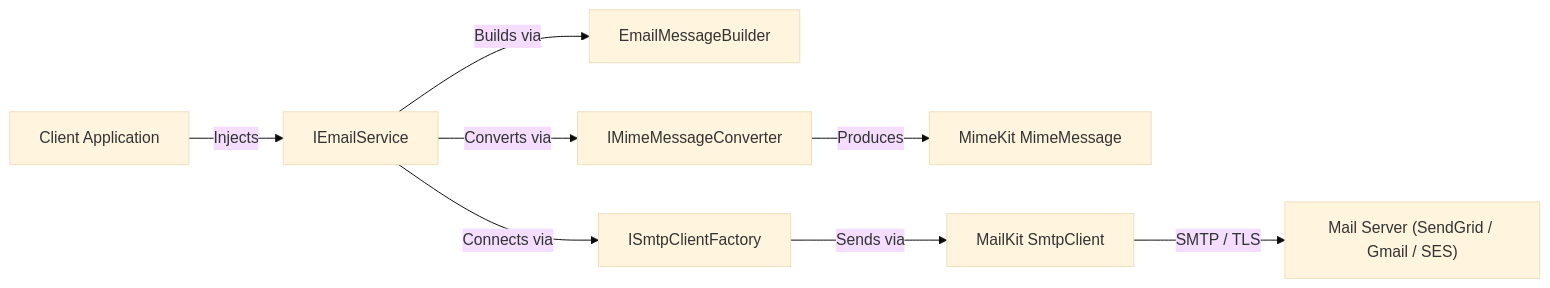
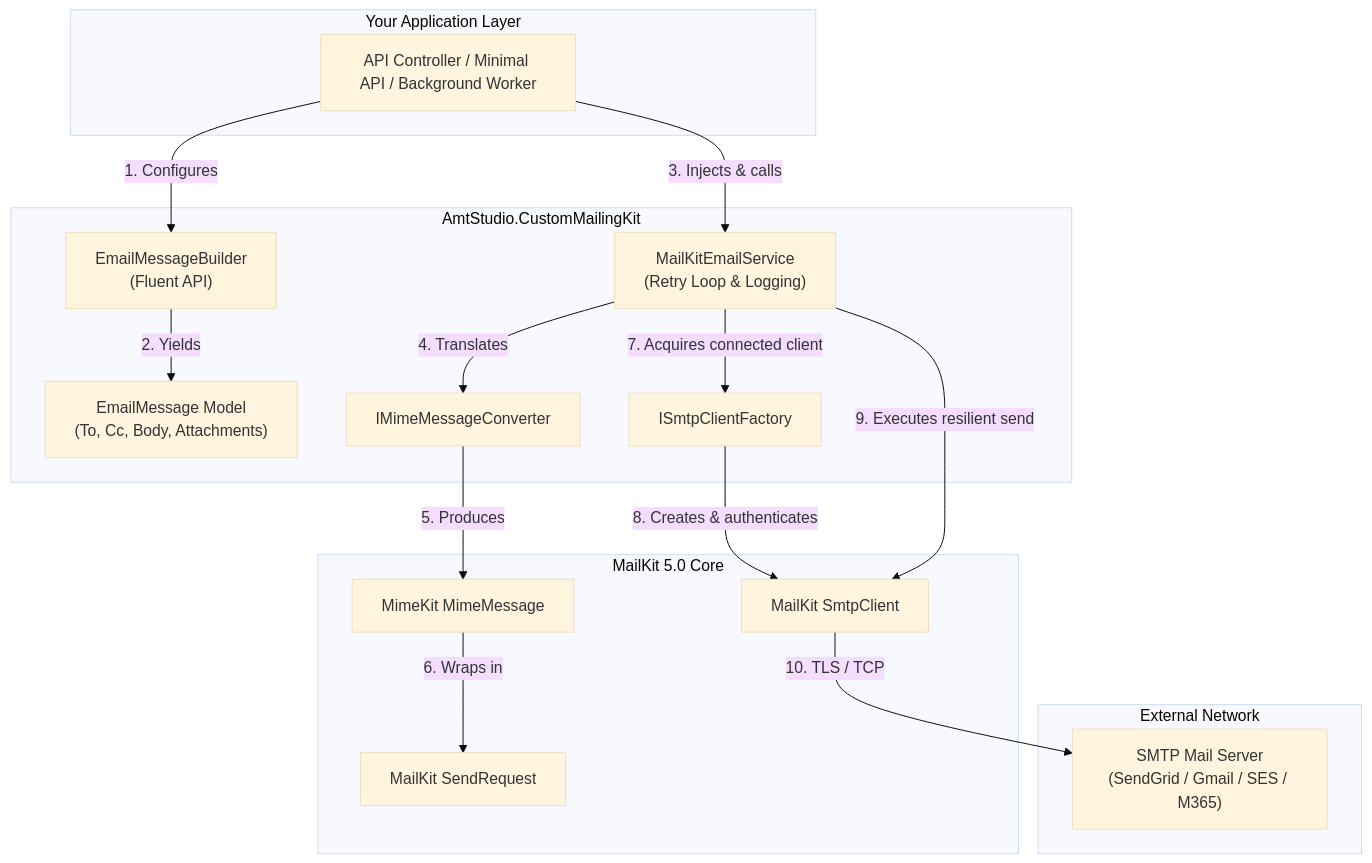
One commit to Alimul-Mahfuz/AmtStudio.CustomMailingKit changed the diagram in docs/README.md. Above: the diagram before and after it, drawn with Mermaid (base theme). The commit also changed other lines of this file and 9 other files, not shown here.

Commit message:
Enhance documentation with modern Docsify UI, interactive tabs, Mermaid diagrams, API reference, and troubleshooting guide

````diff
--- a/docs/README.md
+++ b/docs/README.md
@@ -19,10 +26,35 @@
 ```mermaid
-flowchart LR
-    A["Client Application"] -->|"Injects"| B["IEmailService"]
-    B -->|"Builds via"| C["EmailMessageBuilder"]
-    B -->|"Converts via"| D["IMimeMessageConverter"]
-    D -->|"Produces"| E["MimeKit MimeMessage"]
-    B -->|"Connects via"| F["ISmtpClientFactory"]
-    F -->|"Sends via"| G["MailKit SmtpClient"]
-    G -->|"SMTP / TLS"| H["Mail Server (SendGrid / Gmail / SES)"]
+flowchart TD
+    subgraph Client["Your Application Layer"]
+        Ctrl["API Controller / Minimal API / Background Worker"]
+    end
+
+    subgraph MailingKit["AmtStudio.CustomMailingKit"]
+        Builder["EmailMessageBuilder\n(Fluent API)"]
+        Msg["EmailMessage Model\n(To, Cc, Body, Attachments)"]
+        Service["MailKitEmailService\n(Retry Loop & Logging)"]
+        Converter["IMimeMessageConverter"]
+        ClientFactory["ISmtpClientFactory"]
+    end
+
+    subgraph MailKitLayer["MailKit 5.0 Core"]
+        Mime["MimeKit MimeMessage"]
+        Request["MailKit SendRequest"]
+        Transport["MailKit SmtpClient"]
+    end
+
+    subgraph External["External Network"]
+        SMTP["SMTP Mail Server\n(SendGrid / Gmail / SES / M365)"]
+    end
+
+    Ctrl -->|"1. Configures"| Builder
+    Builder -->|"2. Yields"| Msg
+    Ctrl -->|"3. Injects & calls"| Service
+    Service -->|"4. Translates"| Converter
+    Converter -->|"5. Produces"| Mime
+    Mime -->|"6. Wraps in"| Request
+    Service -->|"7. Acquires connected client"| ClientFactory
+    ClientFactory -->|"8. Creates & authenticates"| Transport
+    Service -->|"9. Executes resilient send"| Transport
+    Transport -->|"10. TLS / TCP"| SMTP
 ```
````
